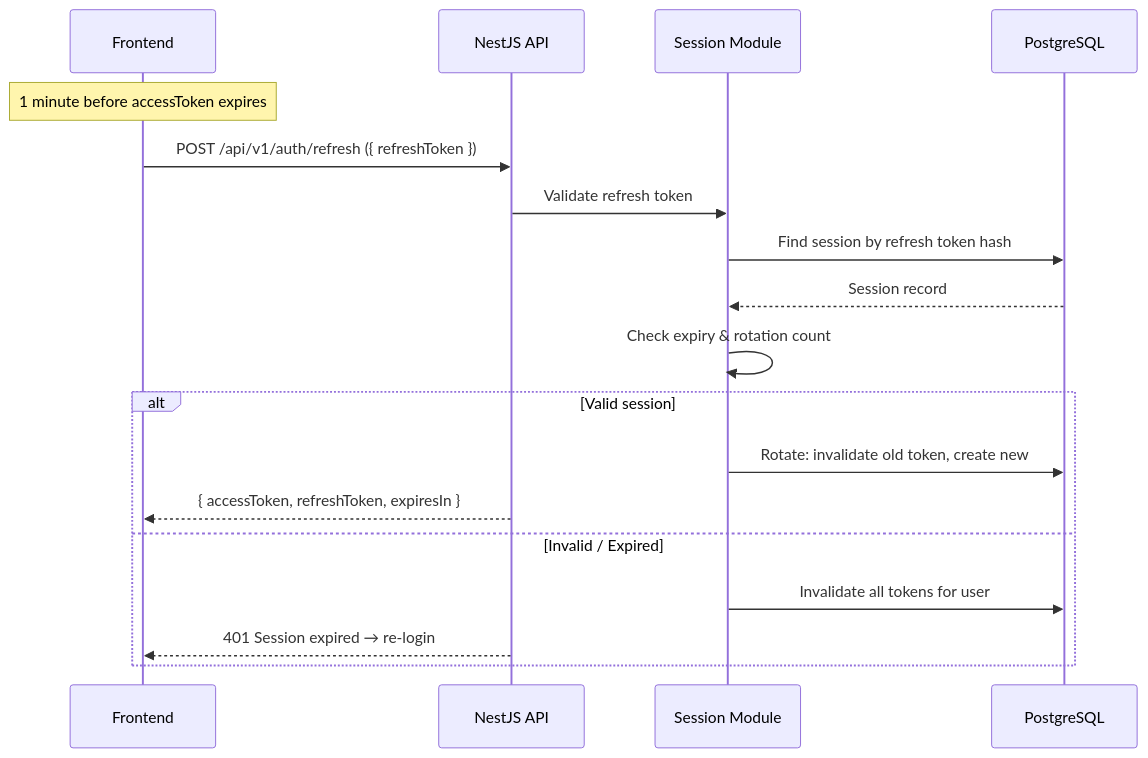
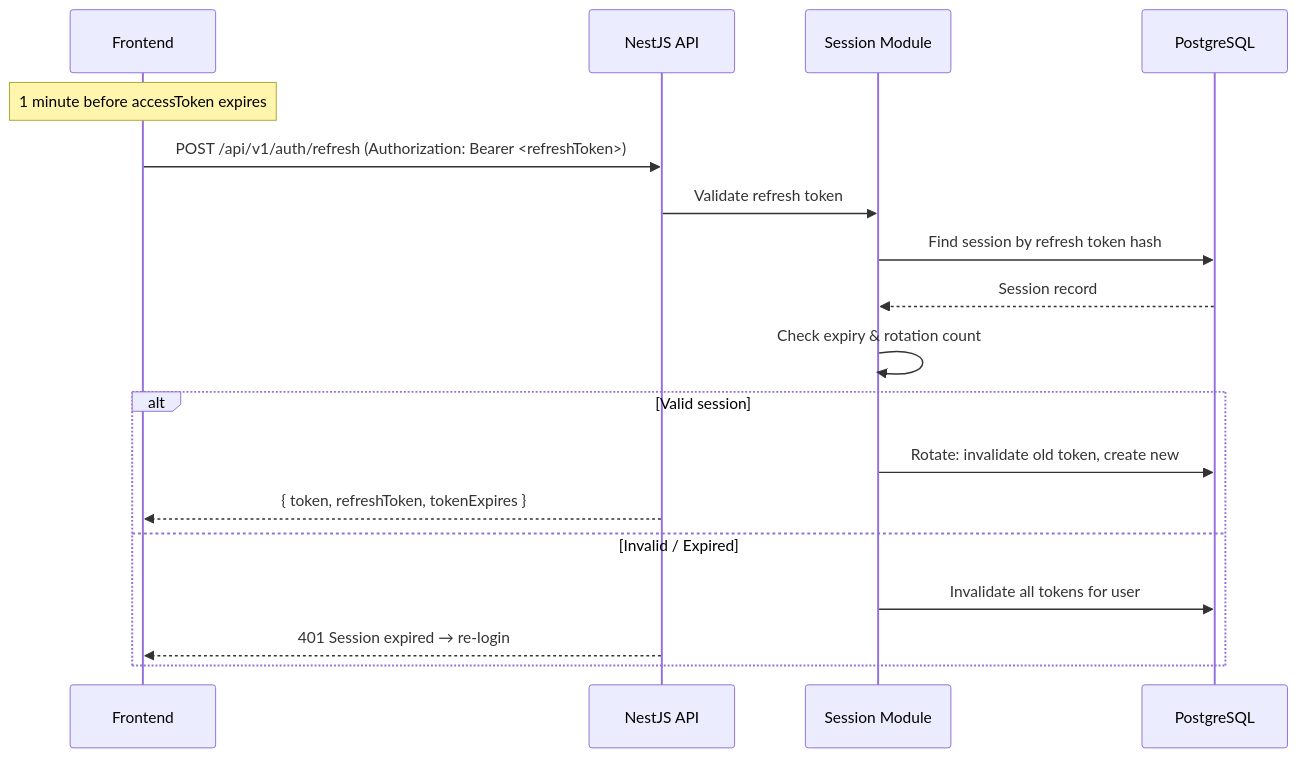
Before and after one commit to ADCP-dev/worldbid-api: the second of 3 diagrams in docs/modules/auth.md, drawn with Mermaid. The commit also changed other lines of this file and 6 other files, not shown here.

First line of the commit message:
fix(auth): send refresh token as Bearer header, single-flight refresh, selective logout

````diff
--- a/docs/modules/auth.md
+++ b/docs/modules/auth.md
@@ -104,21 +104,21 @@
 ```mermaid
 sequenceDiagram
     participant Client as Frontend
     participant API as NestJS API
     participant Session as Session Module
     participant DB as PostgreSQL
 
     Note over Client: 1 minute before accessToken expires
-    Client->>API: POST /api/v1/auth/refresh ({ refreshToken })
+    Client->>API: POST /api/v1/auth/refresh (Authorization: Bearer <refreshToken>)
     API->>Session: Validate refresh token
     Session->>DB: Find session by refresh token hash
     DB-->>Session: Session record
     Session->>Session: Check expiry & rotation count
     alt Valid session
         Session->>DB: Rotate: invalidate old token, create new
-        API-->>Client: { accessToken, refreshToken, expiresIn }
+        API-->>Client: { token, refreshToken, tokenExpires }
     else Invalid / Expired
         Session->>DB: Invalidate all tokens for user
         API-->>Client: 401 Session expired → re-login
     end
 ```
````
